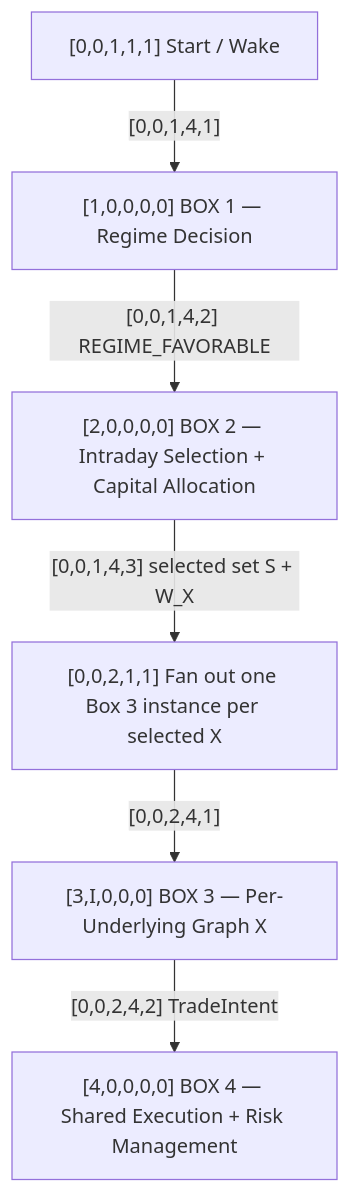
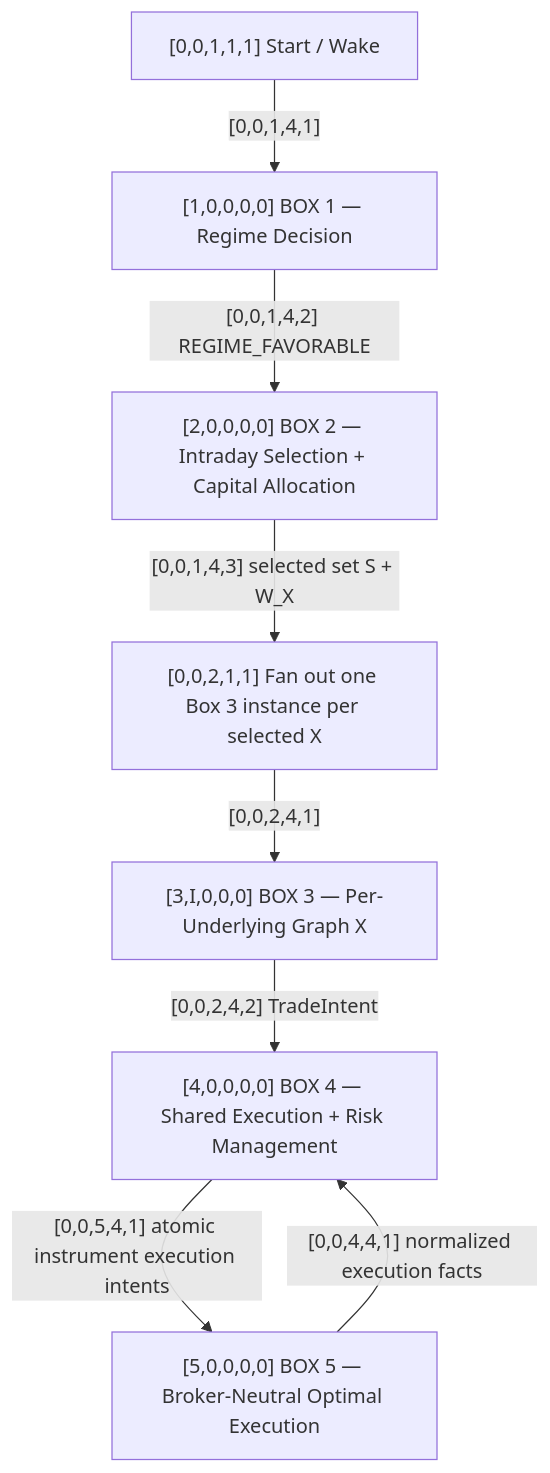
Before and after one commit to ayyararyan/volarb: the diagram in docs/autonomous-butterfly-workflow.md, drawn with Mermaid. The commit also changed other lines of this file and 7 other files, not shown here.

Commit message:
Make Box 5 broker-neutral optimal execution

````diff
--- a/docs/autonomous-butterfly-workflow.md
+++ b/docs/autonomous-butterfly-workflow.md
@@ -14,15 +14,18 @@
 ```mermaid
 flowchart TD
     A["[0,0,1,1,1] Start / Wake"]
     B1["[1,0,0,0,0] BOX 1 — Regime Decision"]
     B2["[2,0,0,0,0] BOX 2 — Intraday Selection + Capital Allocation"]
     F["[0,0,2,1,1] Fan out one Box 3 instance per selected X"]
     B3["[3,I,0,0,0] BOX 3 — Per-Underlying Graph X"]
     B4["[4,0,0,0,0] BOX 4 — Shared Execution + Risk Management"]
+    B5["[5,0,0,0,0] BOX 5 — Broker-Neutral Optimal Execution"]
 
     A -->|"[0,0,1,4,1]"| B1
     B1 -->|"[0,0,1,4,2] REGIME_FAVORABLE"| B2
     B2 -->|"[0,0,1,4,3] selected set S + W_X"| F
     F -->|"[0,0,2,4,1]"| B3
     B3 -->|"[0,0,2,4,2] TradeIntent"| B4
+    B4 -->|"[0,0,5,4,1] atomic instrument execution intents"| B5
+    B5 -->|"[0,0,4,4,1] normalized execution facts"| B4
 ```
````
